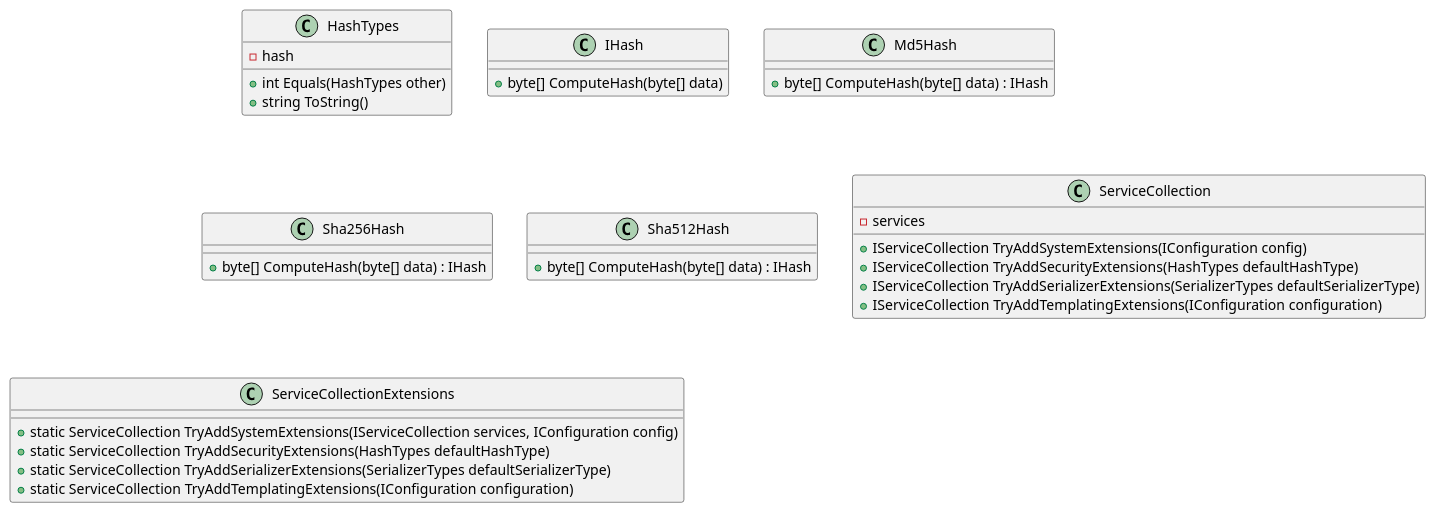
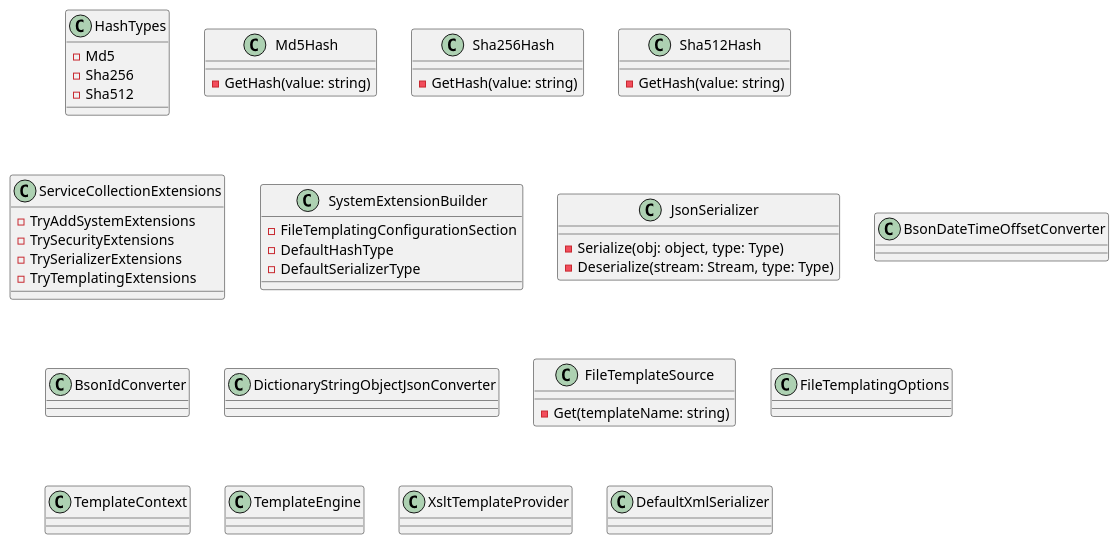
The diagram in docs/generated/Framework/Eliassen.System/Documentation.md (mwwhited-forks/dotnet-libs), drawn with PlantUML before and after one commit. The commit also changed other lines of this file and 444 other files, not shown here.

````diff
--- a/docs/generated/Framework/Eliassen.System/Documentation.md
+++ b/docs/generated/Framework/Eliassen.System/Documentation.md
@@ -7,37 +67,55 @@
 ```plantuml
 @startuml
 class HashTypes {
-  - hash
-  + int Equals(HashTypes other)
-  + string ToString()
-}
-class IHash {
-  + byte[] ComputeHash(byte[] data)
-}
-class Md5Hash {
-  + byte[] ComputeHash(byte[] data) : IHash
-}
-class Sha256Hash {
-  + byte[] ComputeHash(byte[] data) : IHash
-}
-class Sha512Hash {
-  + byte[] ComputeHash(byte[] data) : IHash
+  - Md5
+  - Sha256
+  - Sha512
 }
 
-class ServiceCollection {
-  - services
-  + IServiceCollection TryAddSystemExtensions(IConfiguration config)
-  + IServiceCollection TryAddSecurityExtensions(HashTypes defaultHashType)
-  + IServiceCollection TryAddSerializerExtensions(SerializerTypes defaultSerializerType)
-  + IServiceCollection TryAddTemplatingExtensions(IConfiguration configuration)
+class Md5Hash {
+  - GetHash(value: string)
+}
+
+class Sha256Hash {
+  - GetHash(value: string)
+}
+
+class Sha512Hash {
+  - GetHash(value: string)
 }
 
 class ServiceCollectionExtensions {
-  + static ServiceCollection TryAddSystemExtensions(IServiceCollection services, IConfiguration config)
-  + static ServiceCollection TryAddSecurityExtensions(HashTypes defaultHashType)
-  + static ServiceCollection TryAddSerializerExtensions(SerializerTypes defaultSerializerType)
-  + static ServiceCollection TryAddTemplatingExtensions(IConfiguration configuration)
+  - TryAddSystemExtensions
+  - TrySecurityExtensions
+  - TrySerializerExtensions
+  - TryTemplatingExtensions
 }
 
+class SystemExtensionBuilder {
+  - FileTemplatingConfigurationSection
+  - DefaultHashType
+  - DefaultSerializerType
+}
+
+class JsonSerializer {
+  - Serialize(obj: object, type: Type)
+  - Deserialize(stream: Stream, type: Type)
+}
+
+class BsonDateTimeOffsetConverter
+class BsonIdConverter
+class DictionaryStringObjectJsonConverter
+
+class FileTemplateSource {
+  - Get(templateName: string)
+}
+
+class FileTemplatingOptions
+
+class TemplateContext
+class TemplateEngine
+class XsltTemplateProvider
+
+class DefaultXmlSerializer
 @enduml
 ```
````
